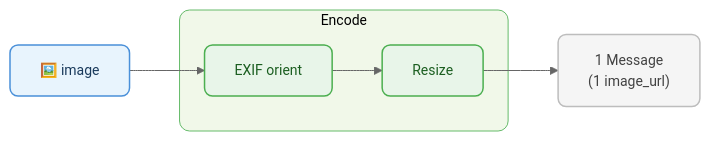
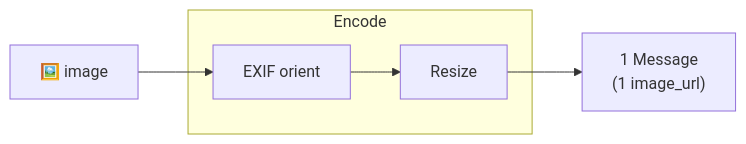
One commit to vlm-run/mm changed the first of 17 diagrams in docs/ENCODERS.md. Above: the diagram before and after it, drawn with Mermaid. The commit also changed other lines of this file and 3 other files, not shown here.

````diff
--- a/docs/ENCODERS.md
+++ b/docs/ENCODERS.md
@@ -20,20 +20,13 @@
 ```mermaid
-%%{init: {'theme': 'base', 'themeVariables': { 'fontSize': '14px', 'primaryColor': '#e8f4fd', 'primaryBorderColor': '#4a90d9', 'lineColor': '#666'}}}%%
 graph LR
-  img["🖼️ image"]:::input
+  img["🖼️ image"]
 
   subgraph encode ["Encode"]
-    exif["EXIF orient"]:::encode
-    resize["Resize"]:::encode
+    exif["EXIF orient"]
+    resize["Resize"]
   end
 
-  msg["1 Message\n(1 image_url)"]:::output
+  msg["1 Message\n(1 image_url)"]
 
   img --> exif --> resize --> msg
-
-  classDef input fill:#e8f4fd,stroke:#4a90d9,stroke-width:1.5px,color:#1a3a5c,rx:8
-  classDef encode fill:#e8f5e9,stroke:#4caf50,stroke-width:1.5px,color:#1b5e20,rx:8
-  classDef output fill:#f5f5f5,stroke:#bdbdbd,stroke-width:1.5px,color:#424242,rx:8
-
-  style encode fill:#f1f8e9,stroke:#66bb6a,stroke-width:1px,rx:10
 ```
````
